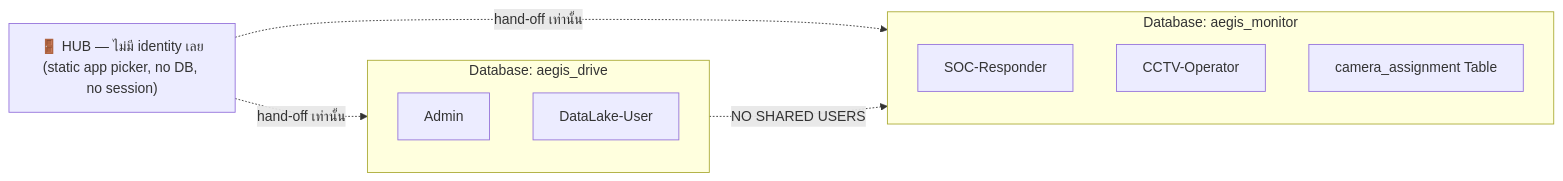
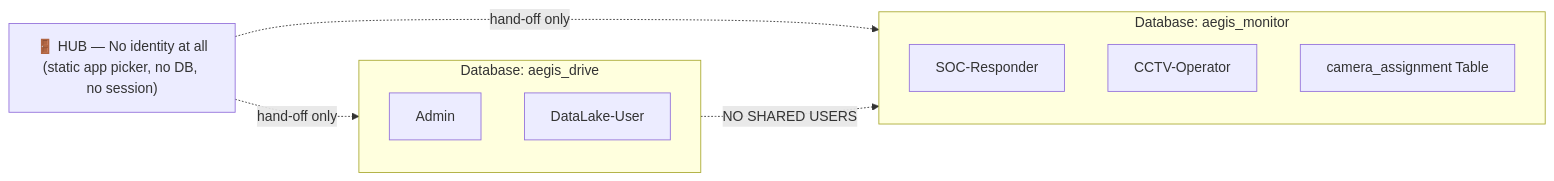
One commit to kraveerachat/Project-End-The-AEGIS changed the diagram in Obsidian_AEGIS_Vault/AEGIS_Knowledge/concepts/Identity_Decoupling.md. Above: the diagram before and after it, drawn with Mermaid. The commit also changed other lines of this file and 63 other files, not shown here.

````diff
--- a/Obsidian_AEGIS_Vault/AEGIS_Knowledge/concepts/Identity_Decoupling.md
+++ b/Obsidian_AEGIS_Vault/AEGIS_Knowledge/concepts/Identity_Decoupling.md
@@ -18,19 +18,19 @@
 ```mermaid
 graph LR
     subgraph DriveDB [Database: aegis_drive]
         AdminRole["Admin"]
         UserRole["DataLake-User"]
     end
 
     subgraph MonitorDB [Database: aegis_monitor]
         SOCRole["SOC-Responder"]
         OpRole["CCTV-Operator"]
         CamAssign["camera_assignment Table"]
     end
 
-    HubNote["🚪 HUB — ไม่มี identity เลย<br/>(static app picker, no DB, no session)"]
+    HubNote["🚪 HUB — No identity at all<br/>(static app picker, no DB, no session)"]
 
-    HubNote -.->|hand-off เท่านั้น| DriveDB
-    HubNote -.->|hand-off เท่านั้น| MonitorDB
+    HubNote -.->|hand-off only| DriveDB
+    HubNote -.->|hand-off only| MonitorDB
     DriveDB -.->|NO SHARED USERS| MonitorDB
 ```
````
